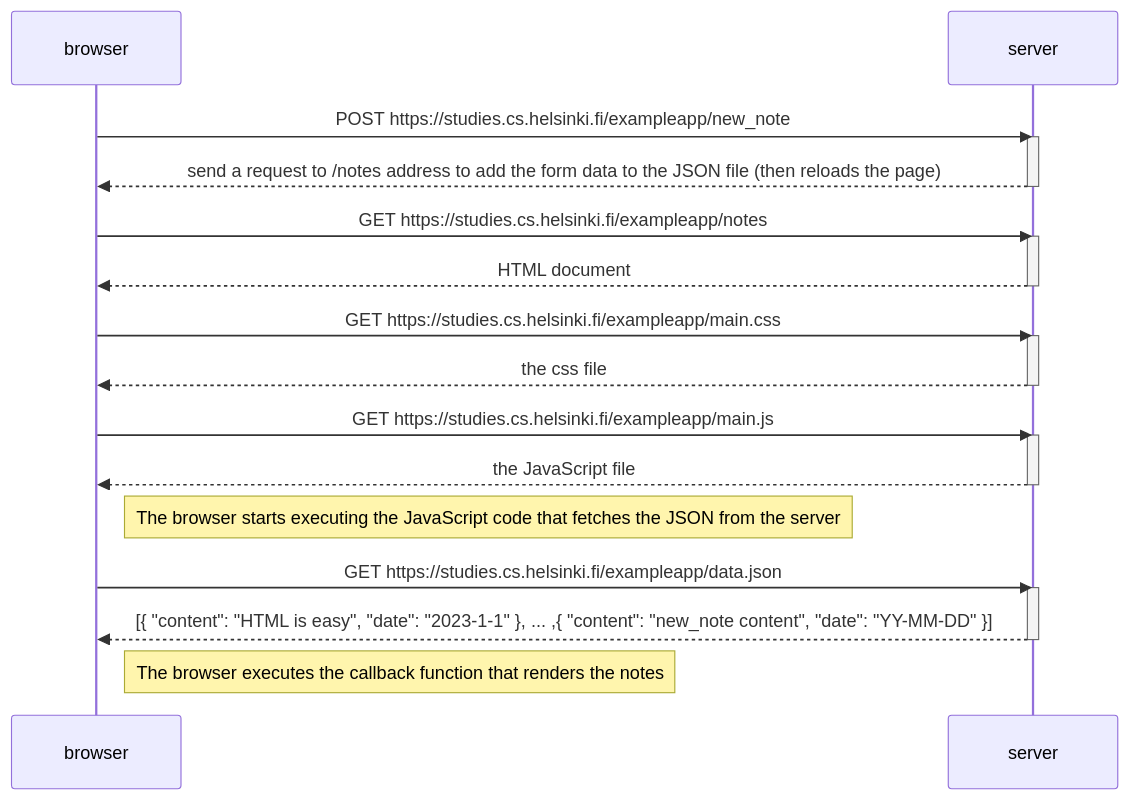
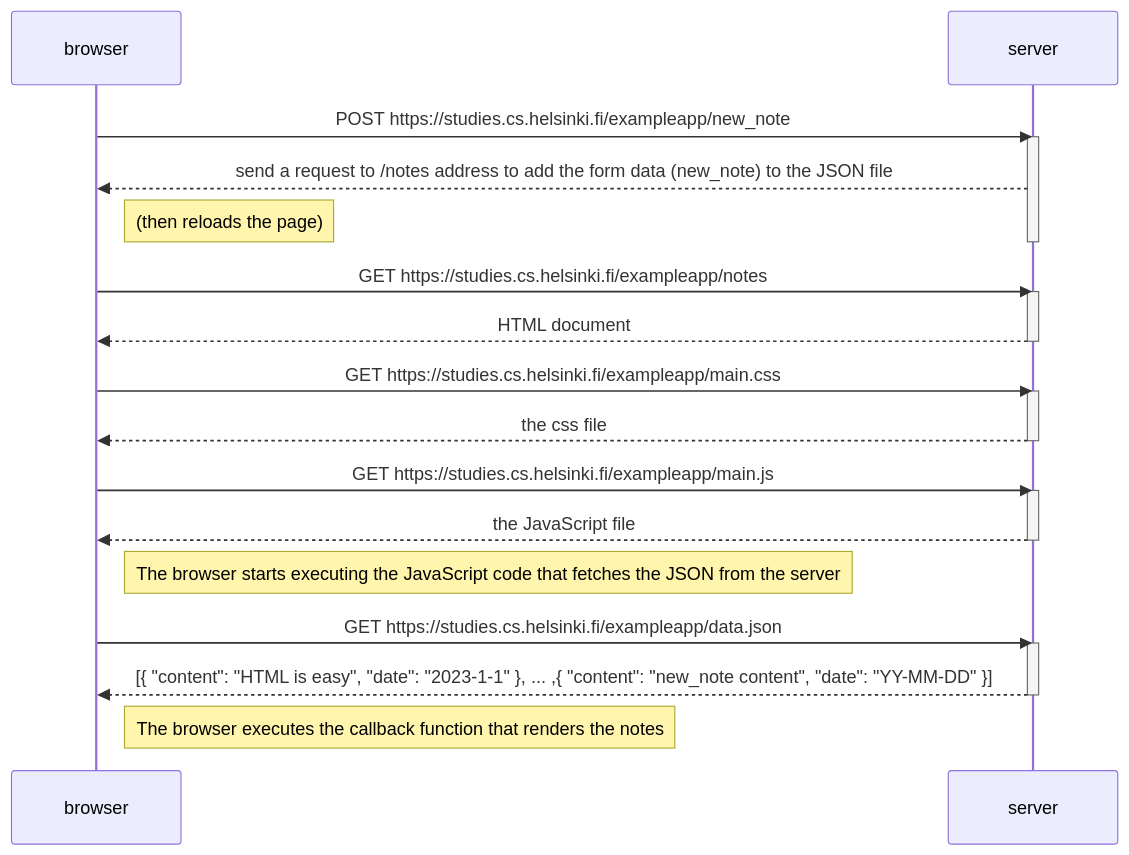
The diagram in part0/0.4-NoteDiagram.md (ViniciusPeixotoDanelluci/Submissions-FullstackOpen), drawn with Mermaid before and after one commit. The commit also changed 2 other files, not shown here.

Commit message:
commit
Finished 0.4
Started 0.5

````diff
--- a/part0/0.4-NoteDiagram.md
+++ b/part0/0.4-NoteDiagram.md
@@ -1,35 +1,36 @@
 ```mermaid
 
 sequenceDiagram
     participant browser
     participant server
 
     browser->>server: POST https://studies.cs.helsinki.fi/exampleapp/new_note
     activate server
-    server-->>browser: send a request to /notes address to add the form data to the JSON file (then reloads the page)
+    server-->>browser: send a request to /notes address to add the form data (new_note) to the JSON file 
+    Note right of browser: (then reloads the page)
     deactivate server
   
     browser->>server: GET https://studies.cs.helsinki.fi/exampleapp/notes
     activate server
     server-->>browser: HTML document
     deactivate server
 
     browser->>server: GET https://studies.cs.helsinki.fi/exampleapp/main.css
     activate server
     server-->>browser: the css file
     deactivate server
 
     browser->>server: GET https://studies.cs.helsinki.fi/exampleapp/main.js
     activate server
     server-->>browser: the JavaScript file
     deactivate server
 
     Note right of browser: The browser starts executing the JavaScript code that fetches the JSON from the server
 
     browser->>server: GET https://studies.cs.helsinki.fi/exampleapp/data.json
     activate server
     server-->>browser: [{ "content": "HTML is easy", "date": "2023-1-1" }, ... ,{ "content": "new_note content", "date": "YY-MM-DD" }]
     deactivate server
 
     Note right of browser: The browser executes the callback function that renders the notes
 ```
````
